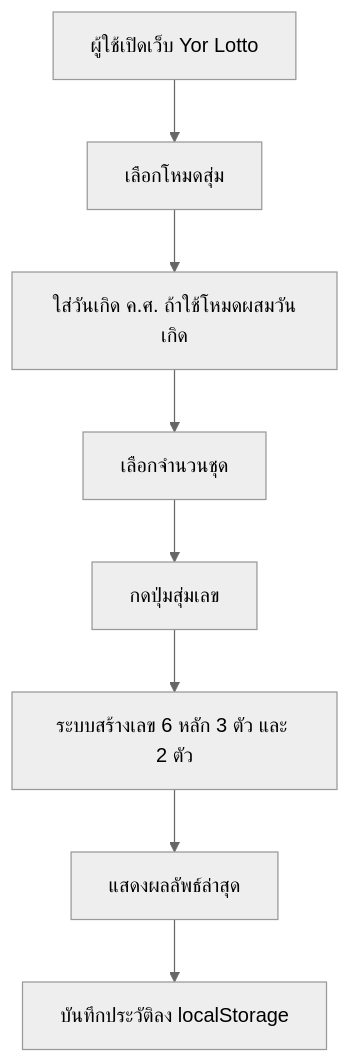
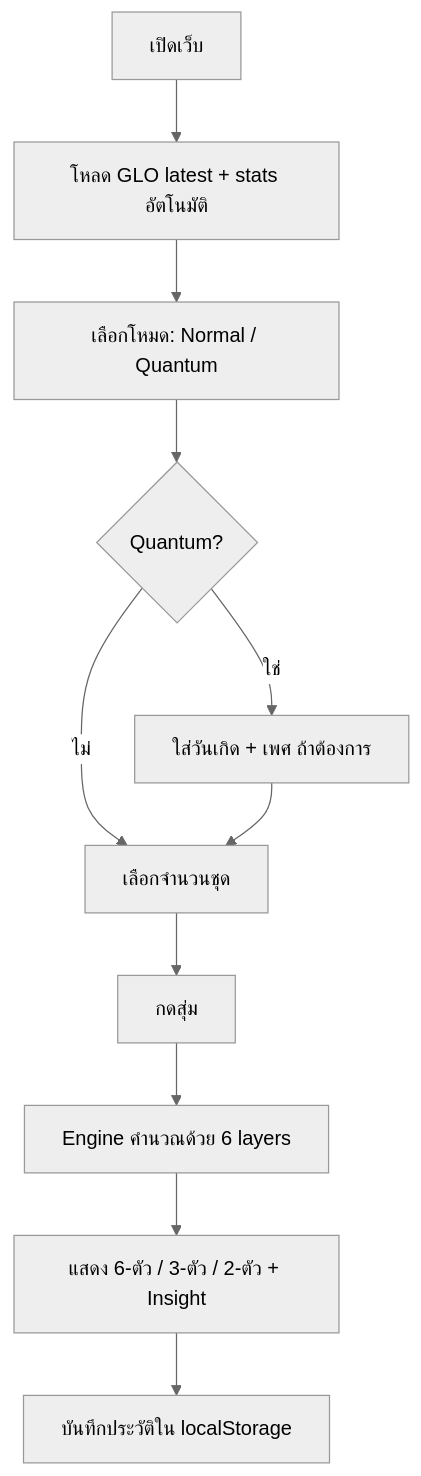
One commit to yorjungai-cmd/YorLotto changed the diagram in YOR_LOTTO_SPEC.md. Above: the diagram before and after it, drawn with Mermaid (neutral theme). The commit also changed other lines of this file and 3 other files, not shown here.

````diff
--- a/YOR_LOTTO_SPEC.md
+++ b/YOR_LOTTO_SPEC.md
@@ -273,10 +113,13 @@
 ```mermaid
 flowchart TD
-  A["ผู้ใช้เปิดเว็บ Yor Lotto"] --> B["เลือกโหมดสุ่ม"]
-  B --> C["ใส่วันเกิด ค.ศ. ถ้าใช้โหมดผสมวันเกิด"]
-  C --> D["เลือกจำนวนชุด"]
-  D --> E["กดปุ่มสุ่มเลข"]
-  E --> F["ระบบสร้างเลข 6 หลัก 3 ตัว และ 2 ตัว"]
-  F --> G["แสดงผลลัพธ์ล่าสุด"]
-  G --> H["บันทึกประวัติลง localStorage"]
+  A[เปิดเว็บ] --> B[โหลด GLO latest + stats อัตโนมัติ]
+  B --> C[เลือกโหมด: Normal / Quantum]
+  C --> D{Quantum?}
+  D -->|ใช่| E[ใส่วันเกิด + เพศ ถ้าต้องการ]
+  D -->|ไม่| F[เลือกจำนวนชุด]
+  E --> F
+  F --> G[กดสุ่ม]
+  G --> H[Engine คำนวณด้วย 6 layers]
+  H --> I[แสดง 6-ตัว / 3-ตัว / 2-ตัว + Insight]
+  I --> J[บันทึกประวัติใน localStorage]
 ```
````
